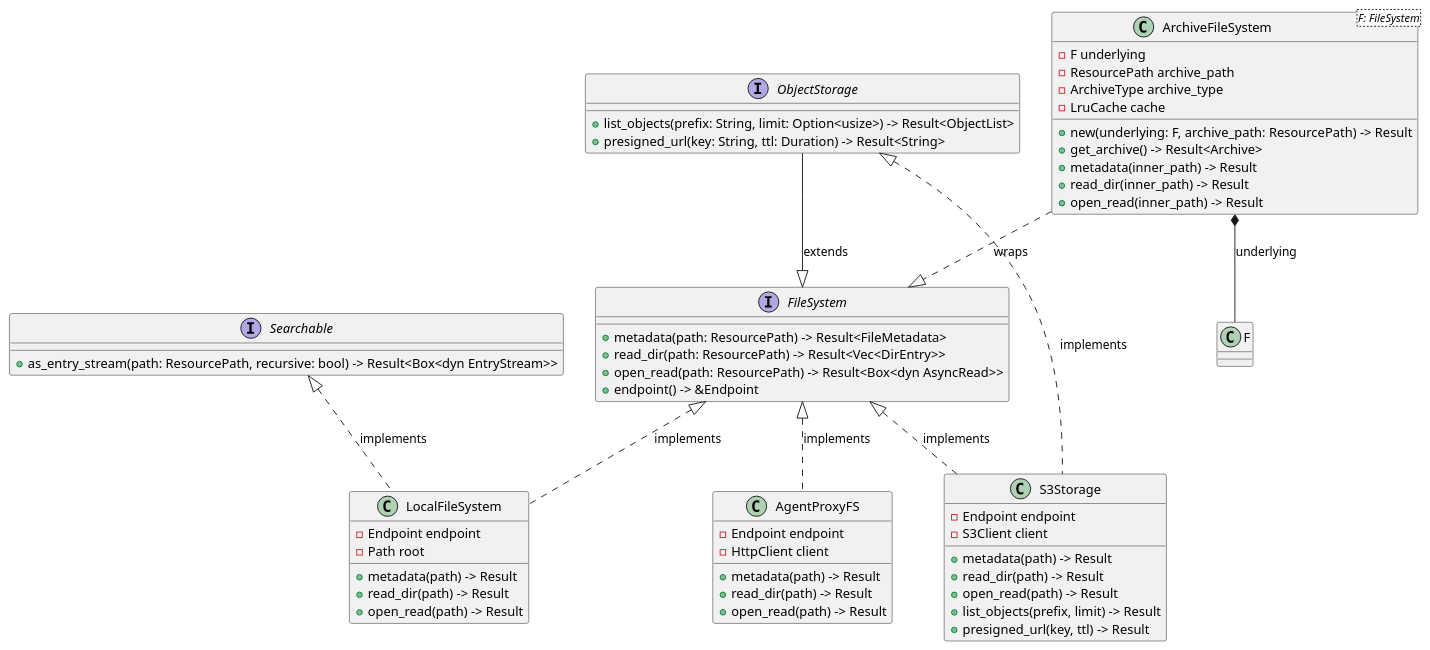
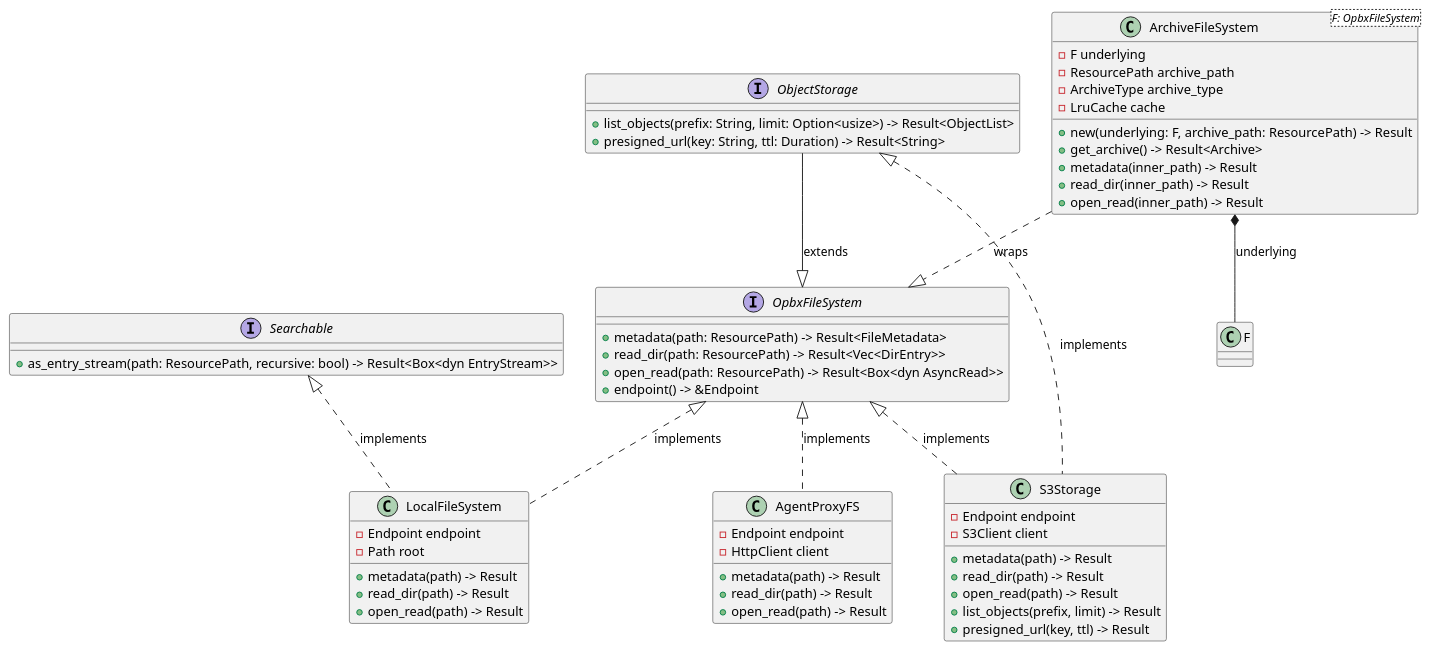
One commit to codelder/opsbox changed the second of 5 diagrams in backend/opsbox-core/docs/dfs-complete-design.md. Above: the diagram before and after it, drawn with PlantUML. The commit also changed other lines of this file, not shown here.

First line of the commit message:
docs: rename FileSystem trait to OpbxFileSystem in DFS design doc

````diff
--- a/backend/opsbox-core/docs/dfs-complete-design.md
+++ b/backend/opsbox-core/docs/dfs-complete-design.md
@@ -808,72 +808,72 @@
 ```plantuml
-@startuml FileSystem Interface Hierarchy
+@startuml OpbxFileSystem Interface Hierarchy
 
-interface FileSystem {
+interface OpbxFileSystem {
     + metadata(path: ResourcePath) -> Result<FileMetadata>
     + read_dir(path: ResourcePath) -> Result<Vec<DirEntry>>
     + open_read(path: ResourcePath) -> Result<Box<dyn AsyncRead>>
     + endpoint() -> &Endpoint
 }
 
 interface ObjectStorage {
-    ' 继承 FileSystem
+    ' 继承 OpbxFileSystem
     + list_objects(prefix: String, limit: Option<usize>) -> Result<ObjectList>
     + presigned_url(key: String, ttl: Duration) -> Result<String>
 }
 
 interface Searchable {
     + as_entry_stream(path: ResourcePath, recursive: bool) -> Result<Box<dyn EntryStream>>
 }
 
 ' 具体实现
 class LocalFileSystem {
     - Endpoint endpoint
     - Path root
     + metadata(path) -> Result
     + read_dir(path) -> Result
     + open_read(path) -> Result
 }
 
 class S3Storage {
     - Endpoint endpoint
     - S3Client client
     + metadata(path) -> Result
     + read_dir(path) -> Result
     + open_read(path) -> Result
     + list_objects(prefix, limit) -> Result
     + presigned_url(key, ttl) -> Result
 }
 
 class AgentProxyFS {
     - Endpoint endpoint
     - HttpClient client
     + metadata(path) -> Result
     + read_dir(path) -> Result
     + open_read(path) -> Result
 }
 
-class ArchiveFileSystem<F: FileSystem> {
+class ArchiveFileSystem<F: OpbxFileSystem> {
     - F underlying
     - ResourcePath archive_path
     - ArchiveType archive_type
     - LruCache cache
     + new(underlying: F, archive_path: ResourcePath) -> Result
     + get_archive() -> Result<Archive>
     + metadata(inner_path) -> Result
     + read_dir(inner_path) -> Result
     + open_read(inner_path) -> Result
 }
 
 ' 关系
-FileSystem <|.. LocalFileSystem : implements
-FileSystem <|.. AgentProxyFS : implements
-FileSystem <|.. S3Storage : implements
-ObjectStorage --|> FileSystem : extends
+OpbxFileSystem <|.. LocalFileSystem : implements
+OpbxFileSystem <|.. AgentProxyFS : implements
+OpbxFileSystem <|.. S3Storage : implements
+ObjectStorage --|> OpbxFileSystem : extends
 ObjectStorage <|.. S3Storage : implements
 Searchable <|.. LocalFileSystem : implements
 
-ArchiveFileSystem ..|> FileSystem : wraps
+ArchiveFileSystem ..|> OpbxFileSystem : wraps
 ArchiveFileSystem *-- F : underlying
 
 @enduml
 ```
````
